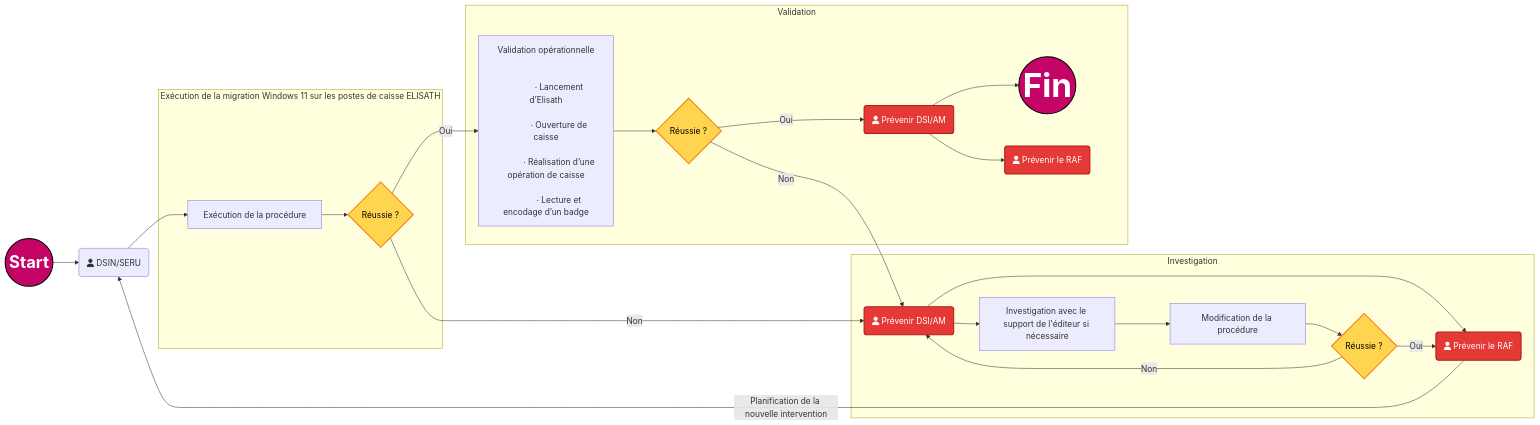
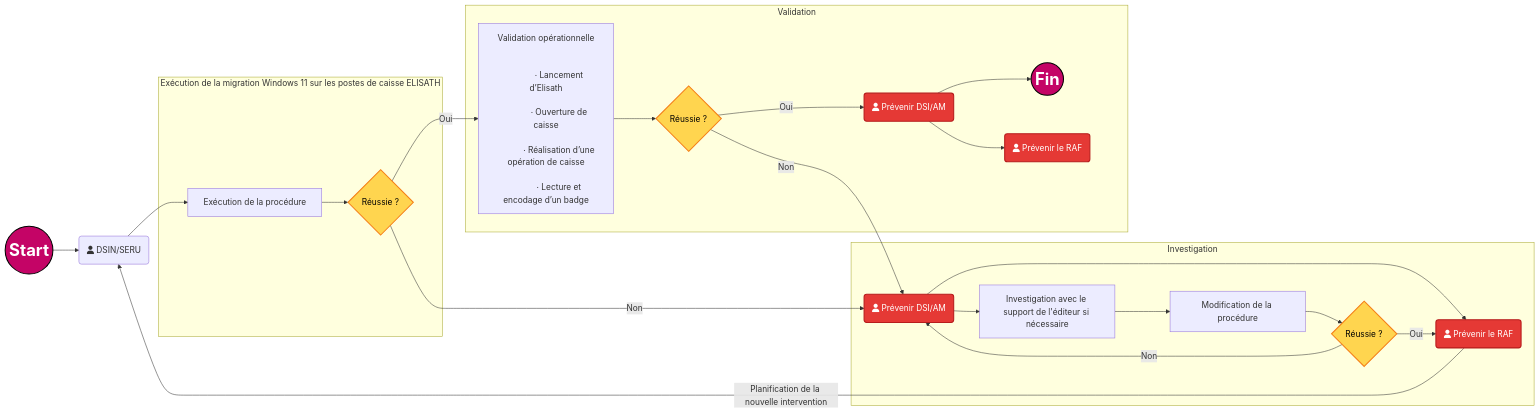
The diagram in all/Flux de validation.md (fdadda/iodraw-files), drawn with Mermaid before and after one commit.

Commit message:
2026-05-12 11:47:14 update

````diff
--- a/all/Flux de validation.md
+++ b/all/Flux de validation.md
@@ -1,60 +1,60 @@
 ```mermaid
 flowchart LR
 
     start((Start)) --> A
     A(fa:fa-user DSIN/SERU) --> B[Exécution de la procédure]
 
     subgraph Exécution de la migration Windows 11 sur les postes de caisse ELISATH
         B --> C{Réussie ?}
     end
 
     subgraph Validation
         C -->|Oui| D["Validation opérationnelle<br/><br/>
             · Lancement d’Elisath<br/>
             · Ouverture de caisse<br/>
             · Réalisation d’une opération de caisse<br/>
             · Lecture et encodage d’un badge"]
 
         D --> Val{Réussie ?}
 
         Val -->|Oui| PrevDSI(fa:fa-user Prévenir DSI/AM)
        
         PrevDSI --> fin((Fin))
         PrevDSI  --> PrevRAF(fa:fa-user Prévenir le RAF)
     end
     Val --> |Non| E
     subgraph Investigation
         C -->|Non| E(fa:fa-user Prévenir DSI/AM)
         E --> F(fa:fa-user Prévenir le RAF)
         E --> G[Investigation avec le support de l'éditeur si nécessaire]
         G --> H[Modification de la procédure]
         H --> I{Réussie ?}
         I -->|Oui| F
         I -->|Non| E
     end
 
     F -->|Planification de la nouvelle intervention| A
 
     %% --- STYLES ---
-    classDef StartEndPoint fill:#c40466,stroke:#000,color:#fff,stroke-width:2px,font-size:64px,font-weight:bold;
+    classDef StartEndPoint fill:#c40466,stroke:#000,color:#fff,stroke-width:2px,font-size:32px,font-weight:bold;
     classDef decision      fill:#ffd54f,stroke:#f57f17,color:#000,stroke-width:2px;
     classDef error         fill:#e53935,stroke:#b71c1c,color:#fff,stroke-width:2px;
 
     %% --- AFFECTATION DES CLASSES ---
     class start,fin StartEndPoint;
     class C,I,Val decision;
     class E,F,PrevDSI,PrevRAF error;
 
     %% --- “CEINTURE + BRETELLES” (force le style sur les 2 nœuds) ---
-    style start font-size:32px,font-weight:bold
+    %%style start font-size:32px,font-weight:bold
     %%style fin   font-size:32px,font-weight:bold
 
     %% --- Codes couleur (commentaires) ---
     %% Bleu marine #000080
     %% Midnight blue #191970
     %% Bleu foncé intense #080F70
     %% Bleu foncé moderne #111184
     %% Orange #ffd54f
     %% Rouge #e53935
     %% Rose CAPI #c40466
 ```
````
